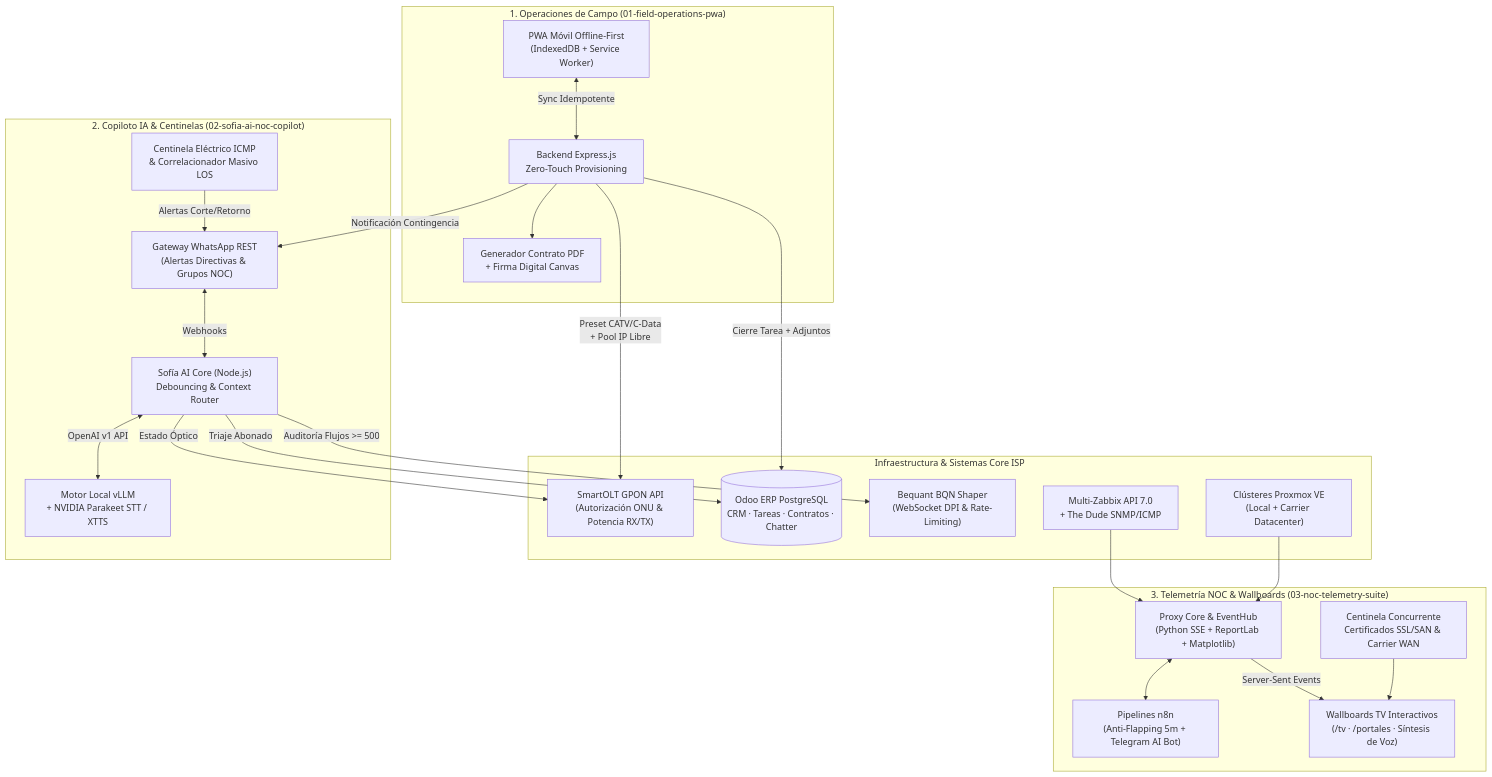
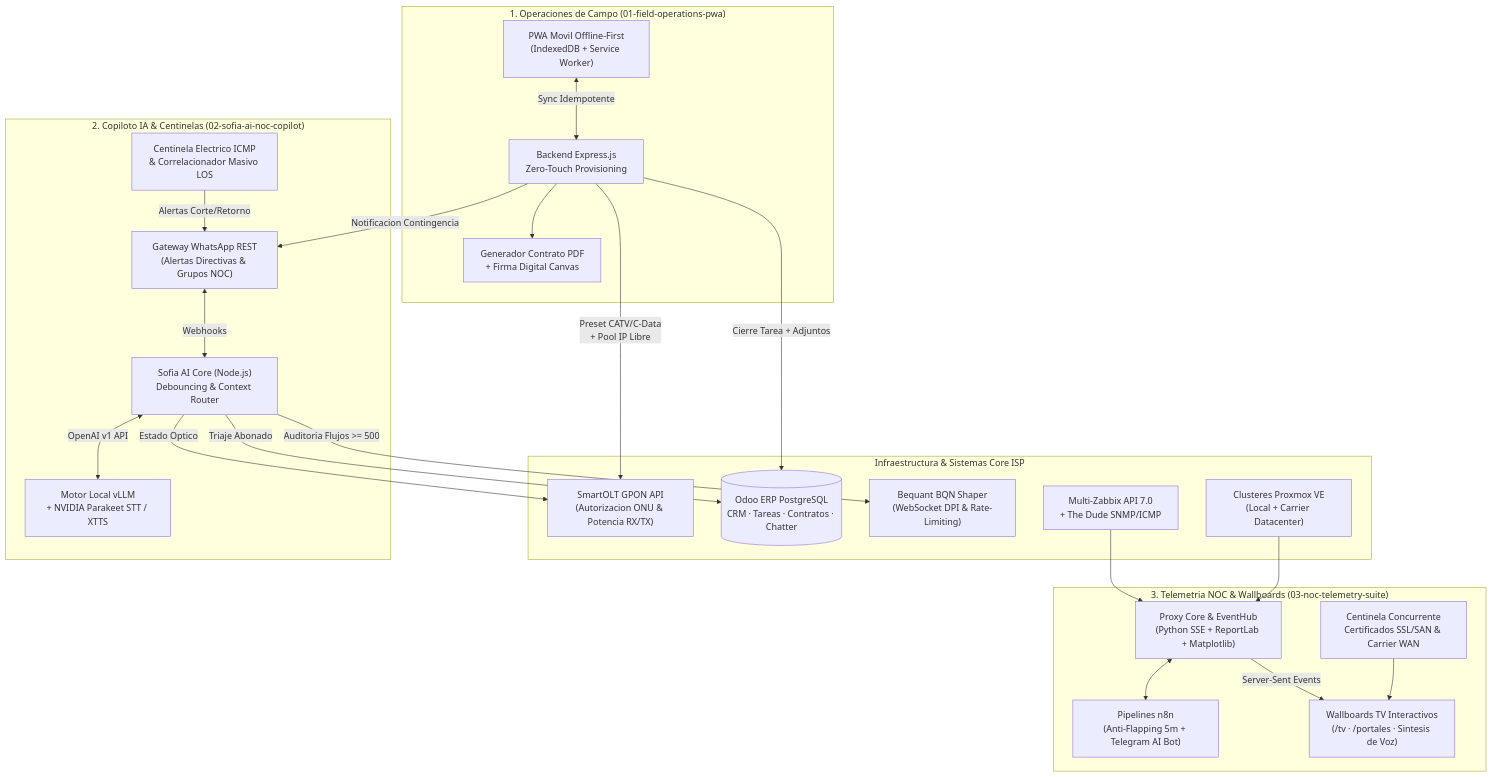
The diagram in README.md (Cristiangabs/noc-automation-ai), drawn with Mermaid before and after one commit. The commit also changed other lines of this file and 4 other files, not shown here.

````diff
--- a/README.md
+++ b/README.md
@@ -22,49 +38,49 @@
 ```mermaid
 flowchart TB
     subgraph Field["1. Operaciones de Campo (01-field-operations-pwa)"]
-        PWA["PWA Móvil Offline-First\n(IndexedDB + Service Worker)"]
+        PWA["PWA Movil Offline-First\n(IndexedDB + Service Worker)"]
         FAPP["Backend Express.js\nZero-Touch Provisioning"]
         PDF["Generador Contrato PDF\n+ Firma Digital Canvas"]
     end
 
     subgraph CoreSystems["Infraestructura & Sistemas Core ISP"]
-        OLT["SmartOLT GPON API\n(Autorización ONU & Potencia RX/TX)"]
+        OLT["SmartOLT GPON API\n(Autorizacion ONU & Potencia RX/TX)"]
         ODOO[("Odoo ERP PostgreSQL\nCRM · Tareas · Contratos · Chatter")]
         BQN["Bequant BQN Shaper\n(WebSocket DPI & Rate-Limiting)"]
         ZBX["Multi-Zabbix API 7.0\n+ The Dude SNMP/ICMP"]
-        PMX["Clústeres Proxmox VE\n(Local + Carrier Datacenter)"]
+        PMX["Clusteres Proxmox VE\n(Local + Carrier Datacenter)"]
     end
 
     subgraph AI["2. Copiloto IA & Centinelas (02-sofia-ai-noc-copilot)"]
-        SOFIA["Sofía AI Core (Node.js)\nDebouncing & Context Router"]
+        SOFIA["Sofia AI Core (Node.js)\nDebouncing & Context Router"]
         VLLM["Motor Local vLLM\n+ NVIDIA Parakeet STT / XTTS"]
-        SENTINEL["Centinela Eléctrico ICMP\n& Correlacionador Masivo LOS"]
+        SENTINEL["Centinela Electrico ICMP\n& Correlacionador Masivo LOS"]
         OWA["Gateway WhatsApp REST\n(Alertas Directivas & Grupos NOC)"]
     end
 
-    subgraph Telemetry["3. Telemetría NOC & Wallboards (03-noc-telemetry-suite)"]
+    subgraph Telemetry["3. Telemetria NOC & Wallboards (03-noc-telemetry-suite)"]
         PROXY["Proxy Core & EventHub\n(Python SSE + ReportLab + Matplotlib)"]
         N8N["Pipelines n8n\n(Anti-Flapping 5m + Telegram AI Bot)"]
-        WALL["Wallboards TV Interactivos\n(/tv · /portales · Síntesis de Voz)"]
+        WALL["Wallboards TV Interactivos\n(/tv · /portales · Sintesis de Voz)"]
         SSLCHK["Centinela Concurrente\nCertificados SSL/SAN & Carrier WAN"]
     end
 
     PWA <-->|"Sync Idempotente"| FAPP
     FAPP -->|"Preset CATV/C-Data\n+ Pool IP Libre"| OLT
     FAPP -->|"Cierre Tarea + Adjuntos"| ODOO
     FAPP --> PDF
-    FAPP -->|"Notificación Contingencia"| OWA
+    FAPP -->|"Notificacion Contingencia"| OWA
 
     OWA <-->|"Webhooks"| SOFIA
     SOFIA <-->|"OpenAI v1 API"| VLLM
     SOFIA -->|"Triaje Abonado"| ODOO
-    SOFIA -->|"Estado Óptico"| OLT
-    SOFIA -->|" Auditoría Flujos >= 500"| BQN
+    SOFIA -->|"Estado Optico"| OLT
+    SOFIA -->|"Auditoria Flujos >= 500"| BQN
     SENTINEL -->|"Alertas Corte/Retorno"| OWA
 
     ZBX --> PROXY
     PMX --> PROXY
     PROXY <--> N8N
     PROXY -->|"Server-Sent Events"| WALL
     SSLCHK --> WALL
 ```
````
